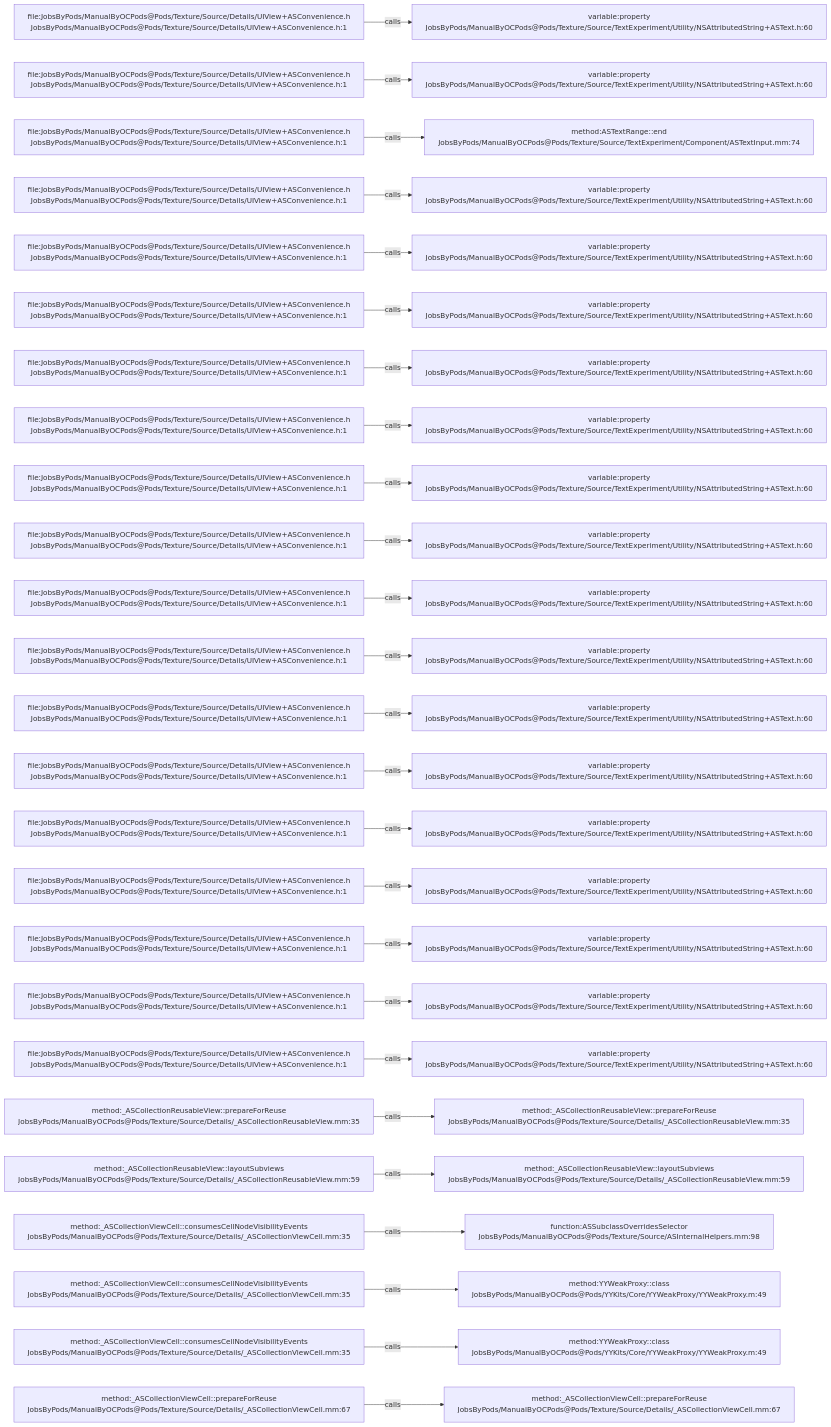
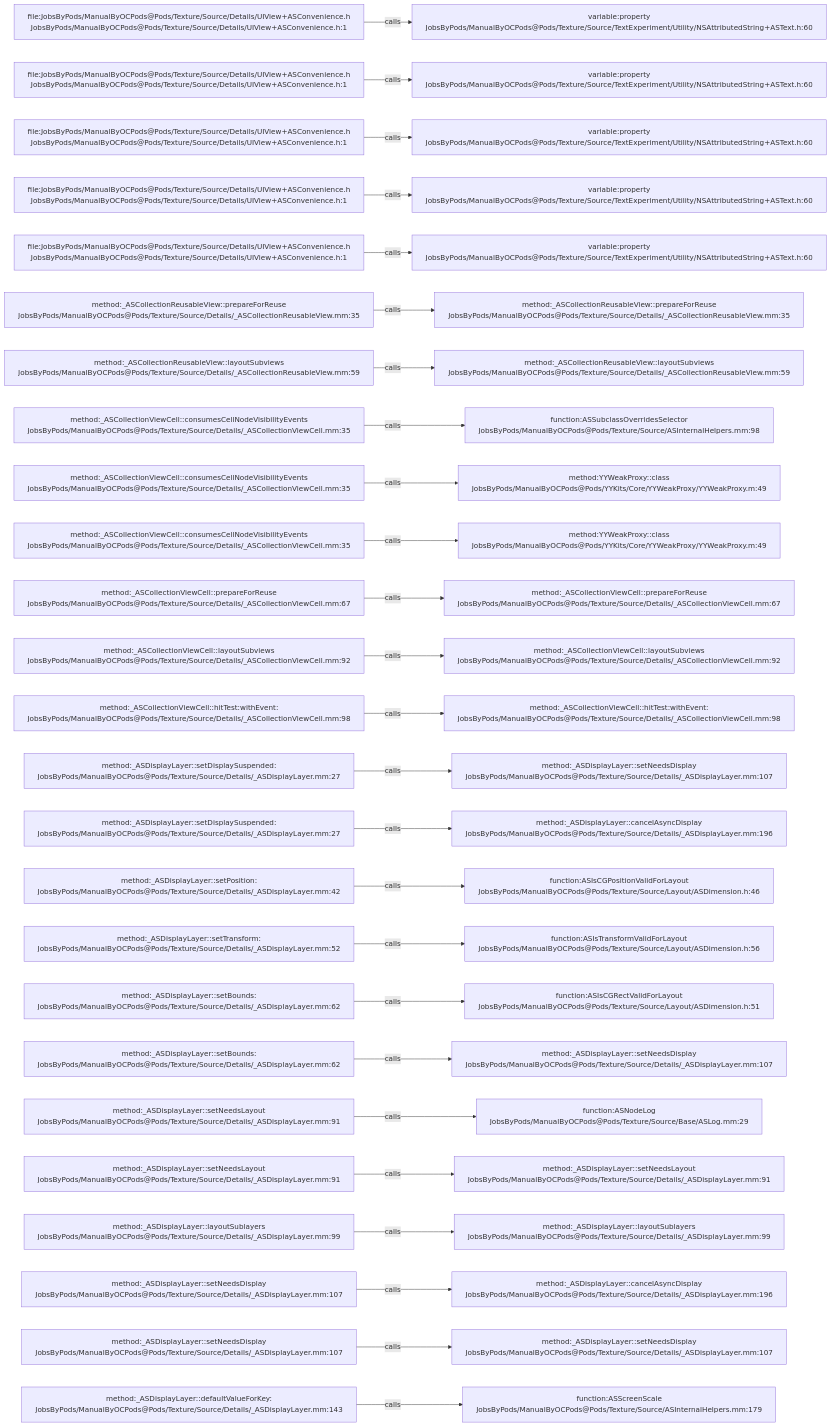
Before and after one commit to JobsKits/JobsOCBaseConfigDemo: the diagram in .codegraph/codegraph.md/graphs/calls-172.md, drawn with Mermaid. The commit also changed 296 other files, not shown here.

````diff
--- a/.codegraph/codegraph.md/graphs/calls-172.md
+++ b/.codegraph/codegraph.md/graphs/calls-172.md
@@ -13,78 +13,78 @@
 ```mermaid
 flowchart LR
   S1["file:JobsByPods/ManualByOCPods@Pods/Texture/Source/Details/UIView+ASConvenience.h<br/>JobsByPods/ManualByOCPods@Pods/Texture/Source/Details/UIView+ASConvenience.h:1"]
   T1["variable:property<br/>JobsByPods/ManualByOCPods@Pods/Texture/Source/TextExperiment/Utility/NSAttributedString+ASText.h:60"]
   S1 -->|calls| T1
   S2["file:JobsByPods/ManualByOCPods@Pods/Texture/Source/Details/UIView+ASConvenience.h<br/>JobsByPods/ManualByOCPods@Pods/Texture/Source/Details/UIView+ASConvenience.h:1"]
   T2["variable:property<br/>JobsByPods/ManualByOCPods@Pods/Texture/Source/TextExperiment/Utility/NSAttributedString+ASText.h:60"]
   S2 -->|calls| T2
   S3["file:JobsByPods/ManualByOCPods@Pods/Texture/Source/Details/UIView+ASConvenience.h<br/>JobsByPods/ManualByOCPods@Pods/Texture/Source/Details/UIView+ASConvenience.h:1"]
-  T3["method:ASTextRange::end<br/>JobsByPods/ManualByOCPods@Pods/Texture/Source/TextExperiment/Component/ASTextInput.mm:74"]
+  T3["variable:property<br/>JobsByPods/ManualByOCPods@Pods/Texture/Source/TextExperiment/Utility/NSAttributedString+ASText.h:60"]
   S3 -->|calls| T3
   S4["file:JobsByPods/ManualByOCPods@Pods/Texture/Source/Details/UIView+ASConvenience.h<br/>JobsByPods/ManualByOCPods@Pods/Texture/Source/Details/UIView+ASConvenience.h:1"]
   T4["variable:property<br/>JobsByPods/ManualByOCPods@Pods/Texture/Source/TextExperiment/Utility/NSAttributedString+ASText.h:60"]
   S4 -->|calls| T4
   S5["file:JobsByPods/ManualByOCPods@Pods/Texture/Source/Details/UIView+ASConvenience.h<br/>JobsByPods/ManualByOCPods@Pods/Texture/Source/Details/UIView+ASConvenience.h:1"]
   T5["variable:property<br/>JobsByPods/ManualByOCPods@Pods/Texture/Source/TextExperiment/Utility/NSAttributedString+ASText.h:60"]
   S5 -->|calls| T5
-  S6["file:JobsByPods/ManualByOCPods@Pods/Texture/Source/Details/UIView+ASConvenience.h<br/>JobsByPods/ManualByOCPods@Pods/Texture/Source/Details/UIView+ASConvenience.h:1"]
-  T6["variable:property<br/>JobsByPods/ManualByOCPods@Pods/Texture/Source/TextExperiment/Utility/NSAttributedString+ASText.h:60"]
+  S6["method:_ASCollectionReusableView::prepareForReuse<br/>JobsByPods/ManualByOCPods@Pods/Texture/Source/Details/_ASCollectionReusableView.mm:35"]
+  T6["method:_ASCollectionReusableView::prepareForReuse<br/>JobsByPods/ManualByOCPods@Pods/Texture/Source/Details/_ASCollectionReusableView.mm:35"]
   S6 -->|calls| T6
-  S7["file:JobsByPods/ManualByOCPods@Pods/Texture/Source/Details/UIView+ASConvenience.h<br/>JobsByPods/ManualByOCPods@Pods/Texture/Source/Details/UIView+ASConvenience.h:1"]
-  T7["variable:property<br/>JobsByPods/ManualByOCPods@Pods/Texture/Source/TextExperiment/Utility/NSAttributedString+ASText.h:60"]
+  S7["method:_ASCollectionReusableView::layoutSubviews<br/>JobsByPods/ManualByOCPods@Pods/Texture/Source/Details/_ASCollectionReusableView.mm:59"]
+  T7["method:_ASCollectionReusableView::layoutSubviews<br/>JobsByPods/ManualByOCPods@Pods/Texture/Source/Details/_ASCollectionReusableView.mm:59"]
   S7 -->|calls| T7
-  S8["file:JobsByPods/ManualByOCPods@Pods/Texture/Source/Details/UIView+ASConvenience.h<br/>JobsByPods/ManualByOCPods@Pods/Texture/Source/Details/UIView+ASConvenience.h:1"]
-  T8["variable:property<br/>JobsByPods/ManualByOCPods@Pods/Texture/Source/TextExperiment/Utility/NSAttributedString+ASText.h:60"]
+  S8["method:_ASCollectionViewCell::consumesCellNodeVisibilityEvents<br/>JobsByPods/ManualByOCPods@Pods/Texture/Source/Details/_ASCollectionViewCell.mm:35"]
+  T8["function:ASSubclassOverridesSelector<br/>JobsByPods/ManualByOCPods@Pods/Texture/Source/ASInternalHelpers.mm:98"]
   S8 -->|calls| T8
-  S9["file:JobsByPods/ManualByOCPods@Pods/Texture/Source/Details/UIView+ASConvenience.h<br/>JobsByPods/ManualByOCPods@Pods/Texture/Source/Details/UIView+ASConvenience.h:1"]
-  T9["variable:property<br/>JobsByPods/ManualByOCPods@Pods/Texture/Source/TextExperiment/Utility/NSAttributedString+ASText.h:60"]
+  S9["method:_ASCollectionViewCell::consumesCellNodeVisibilityEvents<br/>JobsByPods/ManualByOCPods@Pods/Texture/Source/Details/_ASCollectionViewCell.mm:35"]
+  T9["method:YYWeakProxy::class<br/>JobsByPods/ManualByOCPods@Pods/YYKits/Core/YYWeakProxy/YYWeakProxy.m:49"]
   S9 -->|calls| T9
-  S10["file:JobsByPods/ManualByOCPods@Pods/Texture/Source/Details/UIView+ASConvenience.h<br/>JobsByPods/ManualByOCPods@Pods/Texture/Source/Details/UIView+ASConvenience.h:1"]
-  T10["variable:property<br/>JobsByPods/ManualByOCPods@Pods/Texture/Source/TextExperiment/Utility/NSAttributedString+ASText.h:60"]
+  S10["method:_ASCollectionViewCell::consumesCellNodeVisibilityEvents<br/>JobsByPods/ManualByOCPods@Pods/Texture/Source/Details/_ASCollectionViewCell.mm:35"]
+  T10["method:YYWeakProxy::class<br/>JobsByPods/ManualByOCPods@Pods/YYKits/Core/YYWeakProxy/YYWeakProxy.m:49"]
   S10 -->|calls| T10
-  S11["file:JobsByPods/ManualByOCPods@Pods/Texture/Source/Details/UIView+ASConvenience.h<br/>JobsByPods/ManualByOCPods@Pods/Texture/Source/Details/UIView+ASConvenience.h:1"]
-  T11["variable:property<br/>JobsByPods/ManualByOCPods@Pods/Texture/Source/TextExperiment/Utility/NSAttributedString+ASText.h:60"]
+  S11["method:_ASCollectionViewCell::prepareForReuse<br/>JobsByPods/ManualByOCPods@Pods/Texture/Source/Details/_ASCollectionViewCell.mm:67"]
+  T11["method:_ASCollectionViewCell::prepareForReuse<br/>JobsByPods/ManualByOCPods@Pods/Texture/Source/Details/_ASCollectionViewCell.mm:67"]
   S11 -->|calls| T11
-  S12["file:JobsByPods/ManualByOCPods@Pods/Texture/Source/Details/UIView+ASConvenience.h<br/>JobsByPods/ManualByOCPods@Pods/Texture/Source/Details/UIView+ASConvenience.h:1"]
-  T12["variable:property<br/>JobsByPods/ManualByOCPods@Pods/Texture/Source/TextExperiment/Utility/NSAttributedString+ASText.h:60"]
+  S12["method:_ASCollectionViewCell::layoutSubviews<br/>JobsByPods/ManualByOCPods@Pods/Texture/Source/Details/_ASCollectionViewCell.mm:92"]
+  T12["method:_ASCollectionViewCell::layoutSubviews<br/>JobsByPods/ManualByOCPods@Pods/Texture/Source/Details/_ASCollectionViewCell.mm:92"]
   S12 -->|calls| T12
-  S13["file:JobsByPods/ManualByOCPods@Pods/Texture/Source/Details/UIView+ASConvenience.h<br/>JobsByPods/ManualByOCPods@Pods/Texture/Source/Details/UIView+ASConvenience.h:1"]
-  T13["variable:property<br/>JobsByPods/ManualByOCPods@Pods/Texture/Source/TextExperiment/Utility/NSAttributedString+ASText.h:60"]
+  S13["method:_ASCollectionViewCell::hitTest:withEvent:<br/>JobsByPods/ManualByOCPods@Pods/Texture/Source/Details/_ASCollectionViewCell.mm:98"]
+  T13["method:_ASCollectionViewCell::hitTest:withEvent:<br/>JobsByPods/ManualByOCPods@Pods/Texture/Source/Details/_ASCollectionViewCell.mm:98"]
   S13 -->|calls| T13
-  S14["file:JobsByPods/ManualByOCPods@Pods/Texture/Source/Details/UIView+ASConvenience.h<br/>JobsByPods/ManualByOCPods@Pods/Texture/Source/Details/UIView+ASConvenience.h:1"]
-  T14["variable:property<br/>JobsByPods/ManualByOCPods@Pods/Texture/Source/TextExperiment/Utility/NSAttributedString+ASText.h:60"]
+  S14["method:_ASDisplayLayer::setDisplaySuspended:<br/>JobsByPods/ManualByOCPods@Pods/Texture/Source/Details/_ASDisplayLayer.mm:27"]
+  T14["method:_ASDisplayLayer::setNeedsDisplay<br/>JobsByPods/ManualByOCPods@Pods/Texture/Source/Details/_ASDisplayLayer.mm:107"]
   S14 -->|calls| T14
-  S15["file:JobsByPods/ManualByOCPods@Pods/Texture/Source/Details/UIView+ASConvenience.h<br/>JobsByPods/ManualByOCPods@Pods/Texture/Source/Details/UIView+ASConvenience.h:1"]
-  T15["variable:property<br/>JobsByPods/ManualByOCPods@Pods/Texture/Source/TextExperiment/Utility/NSAttributedString+ASText.h:60"]
+  S15["method:_ASDisplayLayer::setDisplaySuspended:<br/>JobsByPods/ManualByOCPods@Pods/Texture/Source/Details/_ASDisplayLayer.mm:27"]
+  T15["method:_ASDisplayLayer::cancelAsyncDisplay<br/>JobsByPods/ManualByOCPods@Pods/Texture/Source/Details/_ASDisplayLayer.mm:196"]
   S15 -->|calls| T15
-  S16["file:JobsByPods/ManualByOCPods@Pods/Texture/Source/Details/UIView+ASConvenience.h<br/>JobsByPods/ManualByOCPods@Pods/Texture/Source/Details/UIView+ASConvenience.h:1"]
-  T16["variable:property<br/>JobsByPods/ManualByOCPods@Pods/Texture/Source/TextExperiment/Utility/NSAttributedString+ASText.h:60"]
+  S16["method:_ASDisplayLayer::setPosition:<br/>JobsByPods/ManualByOCPods@Pods/Texture/Source/Details/_ASDisplayLayer.mm:42"]
+  T16["function:ASIsCGPositionValidForLayout<br/>JobsByPods/ManualByOCPods@Pods/Texture/Source/Layout/ASDimension.h:46"]
   S16 -->|calls| T16
-  S17["file:JobsByPods/ManualByOCPods@Pods/Texture/Source/Details/UIView+ASConvenience.h<br/>JobsByPods/ManualByOCPods@Pods/Texture/Source/Details/UIView+ASConvenience.h:1"]
-  T17["variable:property<br/>JobsByPods/ManualByOCPods@Pods/Texture/Source/TextExperiment/Utility/NSAttributedString+ASText.h:60"]
+  S17["method:_ASDisplayLayer::setTransform:<br/>JobsByPods/ManualByOCPods@Pods/Texture/Source/Details/_ASDisplayLayer.mm:52"]
+  T17["function:ASIsTransformValidForLayout<br/>JobsByPods/ManualByOCPods@Pods/Texture/Source/Layout/ASDimension.h:56"]
   S17 -->|calls| T17
-  S18["file:JobsByPods/ManualByOCPods@Pods/Texture/Source/Details/UIView+ASConvenience.h<br/>JobsByPods/ManualByOCPods@Pods/Texture/Source/Details/UIView+ASConvenience.h:1"]
-  T18["variable:property<br/>JobsByPods/ManualByOCPods@Pods/Texture/Source/TextExperiment/Utility/NSAttributedString+ASText.h:60"]
+  S18["method:_ASDisplayLayer::setBounds:<br/>JobsByPods/ManualByOCPods@Pods/Texture/Source/Details/_ASDisplayLayer.mm:62"]
+  T18["function:ASIsCGRectValidForLayout<br/>JobsByPods/ManualByOCPods@Pods/Texture/Source/Layout/ASDimension.h:51"]
   S18 -->|calls| T18
-  S19["file:JobsByPods/ManualByOCPods@Pods/Texture/Source/Details/UIView+ASConvenience.h<br/>JobsByPods/ManualByOCPods@Pods/Texture/Source/Details/UIView+ASConvenience.h:1"]
-  T19["variable:property<br/>JobsByPods/ManualByOCPods@Pods/Texture/Source/TextExperiment/Utility/NSAttributedString+ASText.h:60"]
+  S19["method:_ASDisplayLayer::setBounds:<br/>JobsByPods/ManualByOCPods@Pods/Texture/Source/Details/_ASDisplayLayer.mm:62"]
+  T19["method:_ASDisplayLayer::setNeedsDisplay<br/>JobsByPods/ManualByOCPods@Pods/Texture/Source/Details/_ASDisplayLayer.mm:107"]
   S19 -->|calls| T19
-  S20["method:_ASCollectionReusableView::prepareForReuse<br/>JobsByPods/ManualByOCPods@Pods/Texture/Source/Details/_ASCollectionReusableView.mm:35"]
-  T20["method:_ASCollectionReusableView::prepareForReuse<br/>JobsByPods/ManualByOCPods@Pods/Texture/Source/Details/_ASCollectionReusableView.mm:35"]
+  S20["method:_ASDisplayLayer::setNeedsLayout<br/>JobsByPods/ManualByOCPods@Pods/Texture/Source/Details/_ASDisplayLayer.mm:91"]
+  T20["function:ASNodeLog<br/>JobsByPods/ManualByOCPods@Pods/Texture/Source/Base/ASLog.mm:29"]
   S20 -->|calls| T20
-  S21["method:_ASCollectionReusableView::layoutSubviews<br/>JobsByPods/ManualByOCPods@Pods/Texture/Source/Details/_ASCollectionReusableView.mm:59"]
-  T21["method:_ASCollectionReusableView::layoutSubviews<br/>JobsByPods/ManualByOCPods@Pods/Texture/Source/Details/_ASCollectionReusableView.mm:59"]
+  S21["method:_ASDisplayLayer::setNeedsLayout<br/>JobsByPods/ManualByOCPods@Pods/Texture/Source/Details/_ASDisplayLayer.mm:91"]
+  T21["method:_ASDisplayLayer::setNeedsLayout<br/>JobsByPods/ManualByOCPods@Pods/Texture/Source/Details/_ASDisplayLayer.mm:91"]
   S21 -->|calls| T21
-  S22["method:_ASCollectionViewCell::consumesCellNodeVisibilityEvents<br/>JobsByPods/ManualByOCPods@Pods/Texture/Source/Details/_ASCollectionViewCell.mm:35"]
-  T22["function:ASSubclassOverridesSelector<br/>JobsByPods/ManualByOCPods@Pods/Texture/Source/ASInternalHelpers.mm:98"]
+  S22["method:_ASDisplayLayer::layoutSublayers<br/>JobsByPods/ManualByOCPods@Pods/Texture/Source/Details/_ASDisplayLayer.mm:99"]
+  T22["method:_ASDisplayLayer::layoutSublayers<br/>JobsByPods/ManualByOCPods@Pods/Texture/Source/Details/_ASDisplayLayer.mm:99"]
   S22 -->|calls| T22
-  S23["method:_ASCollectionViewCell::consumesCellNodeVisibilityEvents<br/>JobsByPods/ManualByOCPods@Pods/Texture/Source/Details/_ASCollectionViewCell.mm:35"]
-  T23["method:YYWeakProxy::class<br/>JobsByPods/ManualByOCPods@Pods/YYKits/Core/YYWeakProxy/YYWeakProxy.m:49"]
+  S23["method:_ASDisplayLayer::setNeedsDisplay<br/>JobsByPods/ManualByOCPods@Pods/Texture/Source/Details/_ASDisplayLayer.mm:107"]
+  T23["method:_ASDisplayLayer::cancelAsyncDisplay<br/>JobsByPods/ManualByOCPods@Pods/Texture/Source/Details/_ASDisplayLayer.mm:196"]
   S23 -->|calls| T23
-  S24["method:_ASCollectionViewCell::consumesCellNodeVisibilityEvents<br/>JobsByPods/ManualByOCPods@Pods/Texture/Source/Details/_ASCollectionViewCell.mm:35"]
-  T24["method:YYWeakProxy::class<br/>JobsByPods/ManualByOCPods@Pods/YYKits/Core/YYWeakProxy/YYWeakProxy.m:49"]
+  S24["method:_ASDisplayLayer::setNeedsDisplay<br/>JobsByPods/ManualByOCPods@Pods/Texture/Source/Details/_ASDisplayLayer.mm:107"]
+  T24["method:_ASDisplayLayer::setNeedsDisplay<br/>JobsByPods/ManualByOCPods@Pods/Texture/Source/Details/_ASDisplayLayer.mm:107"]
   S24 -->|calls| T24
-  S25["method:_ASCollectionViewCell::prepareForReuse<br/>JobsByPods/ManualByOCPods@Pods/Texture/Source/Details/_ASCollectionViewCell.mm:67"]
-  T25["method:_ASCollectionViewCell::prepareForReuse<br/>JobsByPods/ManualByOCPods@Pods/Texture/Source/Details/_ASCollectionViewCell.mm:67"]
+  S25["method:_ASDisplayLayer::defaultValueForKey:<br/>JobsByPods/ManualByOCPods@Pods/Texture/Source/Details/_ASDisplayLayer.mm:143"]
+  T25["function:ASScreenScale<br/>JobsByPods/ManualByOCPods@Pods/Texture/Source/ASInternalHelpers.mm:179"]
   S25 -->|calls| T25
 ```
````
